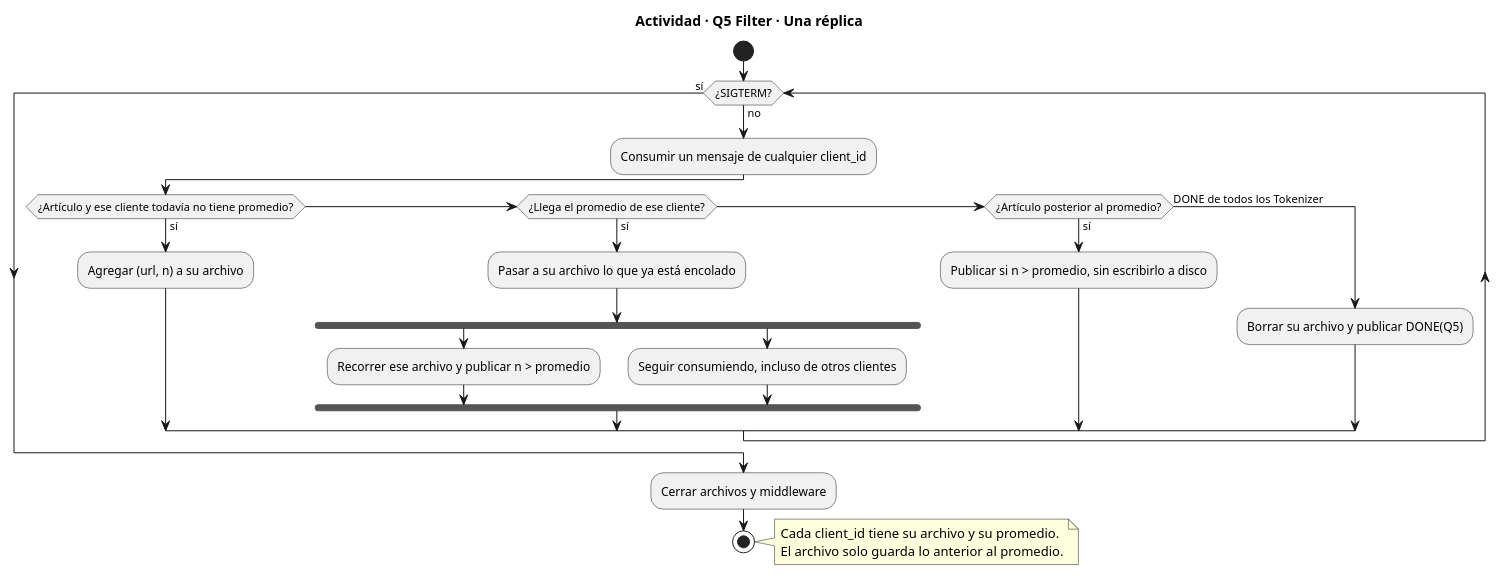
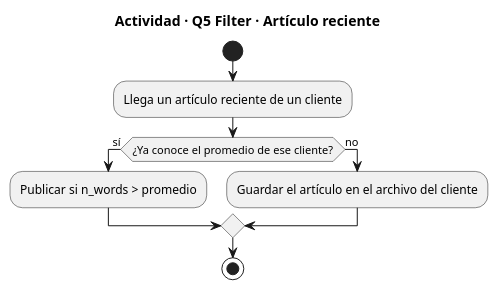
One commit to NicoPodesta/trabajo-final-distribuidos changed the diagram in Diagramas/actividad/actividad q5-filter.puml. Above: the diagram before and after it, drawn with PlantUML. The commit also changed 7 other files, not shown here.

```diff
--- a/Diagramas/actividad/actividad q5-filter.puml
+++ b/Diagramas/actividad/actividad q5-filter.puml
@@ -1,33 +1,16 @@
 @startuml q5-filter
-title Actividad · Q5 Filter · Una réplica
+title Actividad · Q5 Filter · Artículo reciente
 
 start
 
-while (¿SIGTERM?) is (no)
-  :Consumir un mensaje de cualquier client_id;
+:Llega un artículo reciente de un cliente;
 
-  if (¿Artículo y ese cliente todavía no tiene promedio?) then (sí)
-    :Agregar (url, n) a su archivo;
-  elseif (¿Llega el promedio de ese cliente?) then (sí)
-    :Pasar a su archivo lo que ya está encolado;
-    fork
-      :Recorrer ese archivo y publicar n > promedio;
-    fork again
-      :Seguir consumiendo, incluso de otros clientes;
-    end fork
-  elseif (¿Artículo posterior al promedio?) then (sí)
-    :Publicar si n > promedio, sin escribirlo a disco;
-  else (DONE de todos los Tokenizer)
-    :Borrar su archivo y publicar DONE(Q5);
-  endif
-endwhile (sí)
+if (¿Ya conoce el promedio de ese cliente?) then (sí)
+  :Publicar si n_words > promedio;
+else (no)
+  :Guardar el artículo en el archivo del cliente;
+endif
 
-:Cerrar archivos y middleware;
 stop
 
-note right
-  Cada client_id tiene su archivo y su promedio.
-  El archivo solo guarda lo anterior al promedio.
-end note
-
 @enduml
```
